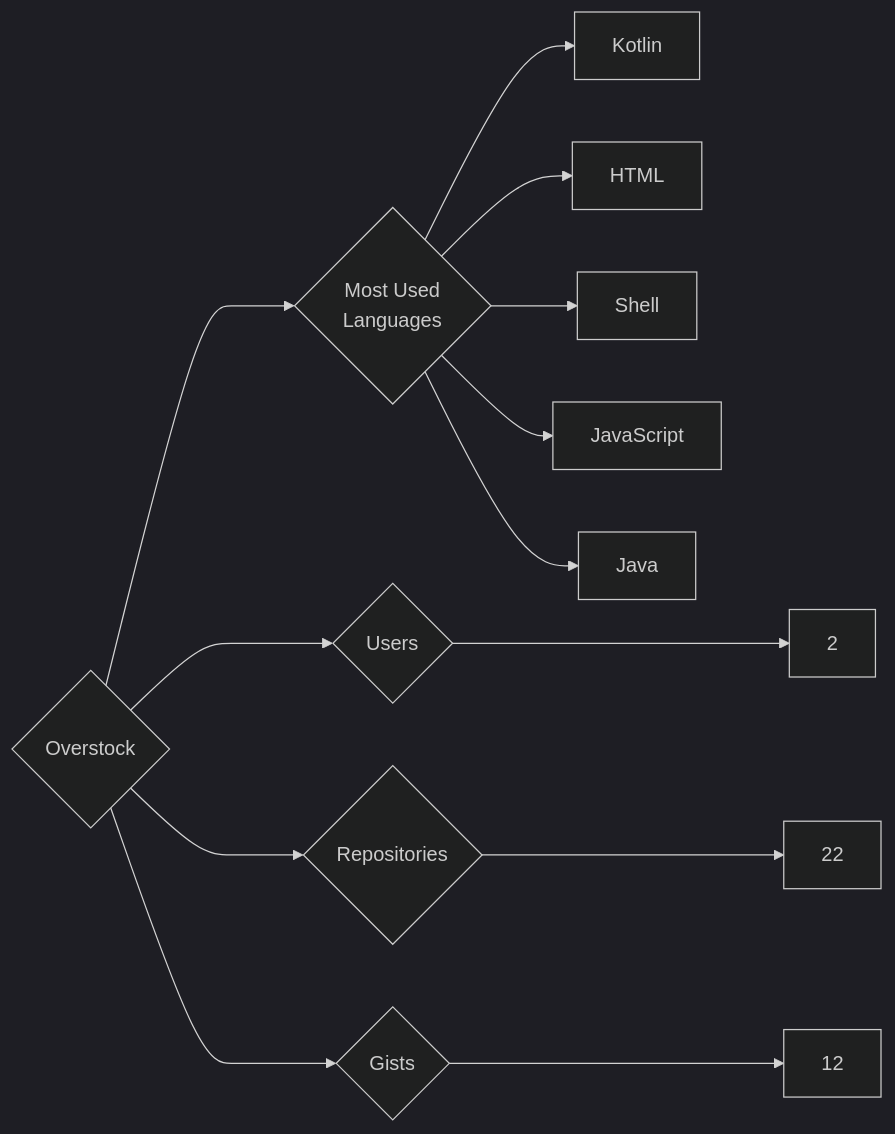
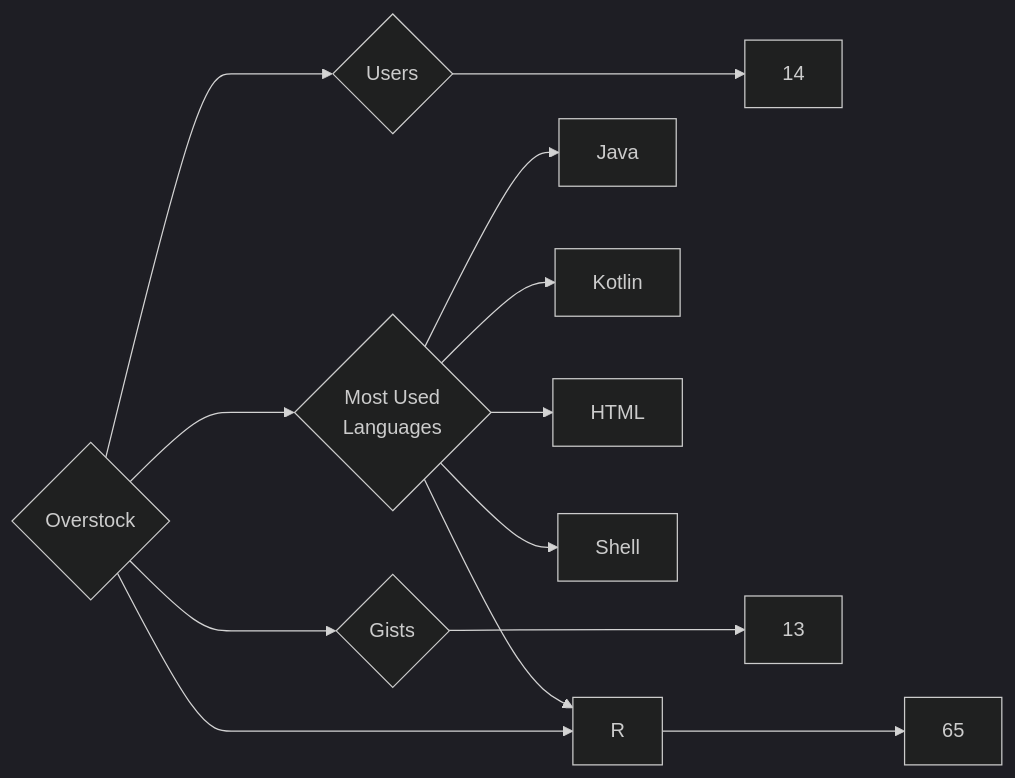
Before and after one commit to trickest/insiders: the diagram in targets/Overstock/README.md, drawn with Mermaid (dark theme). The commit also changed 860 other files, not shown here.

````diff
--- a/targets/Overstock/README.md
+++ b/targets/Overstock/README.md
@@ -3,13 +3,13 @@
 ```mermaid
 graph LR
 COMPANY_NAME{Overstock}
-COMPANY_NAME ---> U{Users} ---> UN[2]
-COMPANY_NAME ---> R{Repositories} ---> RN[22]
-COMPANY_NAME ---> G{Gists} ---> GN[12]
+COMPANY_NAME ---> U{Users} ---> UN[14]
+COMPANY_NAME ---> R{Repositories} ---> RN[65]
+COMPANY_NAME ---> G{Gists} ---> GN[13]
 COMPANY_NAME ---> ML{Most Used<br>Languages}
+ML --> Java[Java]
+ML --> R[R]
 ML --> Kotlin[Kotlin]
 ML --> HTML[HTML]
 ML --> Shell[Shell]
-ML --> JavaScript[JavaScript]
-ML --> Java[Java]
 ```
````
